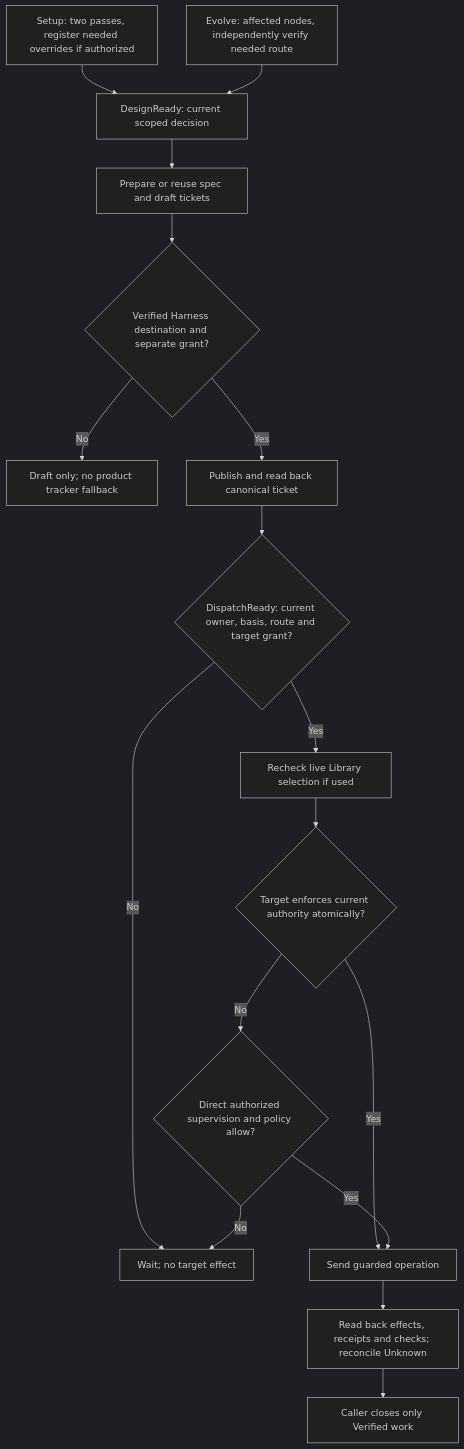
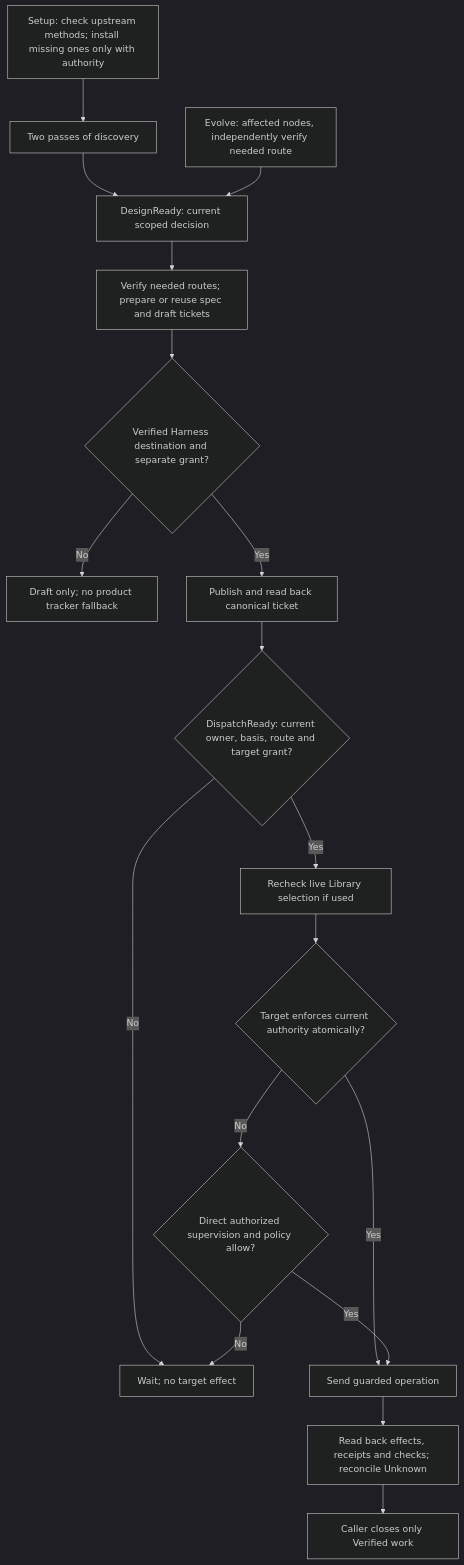
The diagram in docs/harness-v1.md (hanh9898/harness-kit), drawn with Mermaid (dark theme) before and after one commit. The commit also changed other lines of this file and 6 other files, not shown here.

Commit message:
Install missing upstream skills during authorized setup

````diff
--- a/docs/harness-v1.md
+++ b/docs/harness-v1.md
@@ -8,19 +8,20 @@
 ```mermaid
 flowchart TD
-  S["Setup: two passes, register needed overrides if authorized"] --> D["DesignReady: current scoped decision"]
+  S["Setup: check upstream methods; install missing ones only with authority"] --> N["Two passes of discovery"]
+  N --> D["DesignReady: current scoped decision"]
   E["Evolve: affected nodes, independently verify needed route"] --> D
-  D --> P["Prepare or reuse spec and draft tickets"]
+  D --> P["Verify needed routes; prepare or reuse spec and draft tickets"]
   P --> T{"Verified Harness destination and separate grant?"}
   T -->|No| U["Draft only; no product tracker fallback"]
   T -->|Yes| C["Publish and read back canonical ticket"]
   C --> R{"DispatchReady: current owner, basis, route and target grant?"}
   R -->|No| W["Wait; no target effect"]
   R -->|Yes| L["Recheck live Library selection if used"]
   L --> G{"Target enforces current authority atomically?"}
   G -->|Yes| A["Send guarded operation"]
   G -->|No| H{"Direct authorized supervision and policy allow?"}
   H -->|No| W
   H -->|Yes| A
   A --> Q["Read back effects, receipts and checks; reconcile Unknown"]
   Q --> V["Caller closes only Verified work"]
 ```
````
